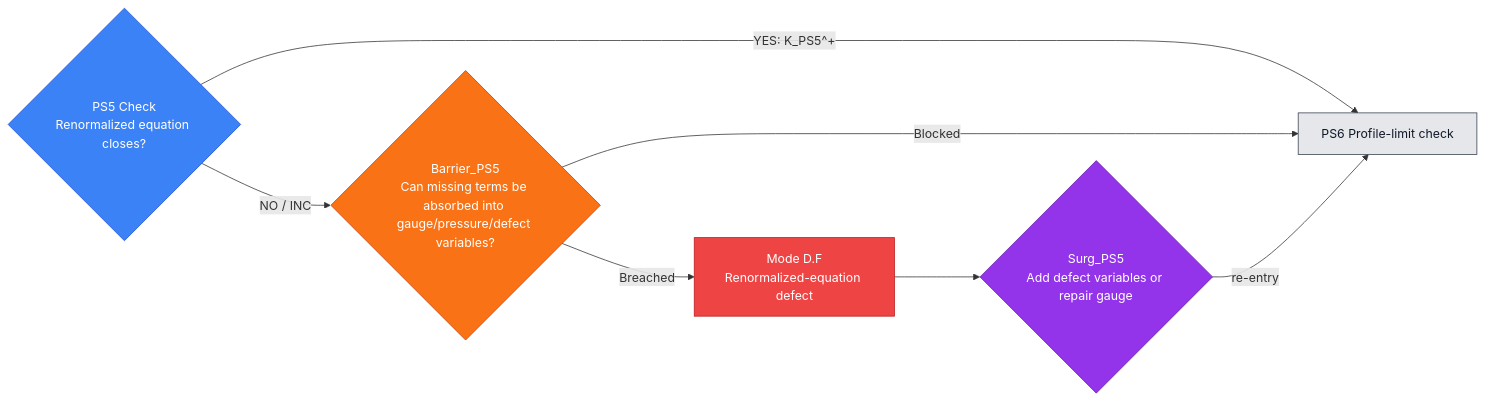
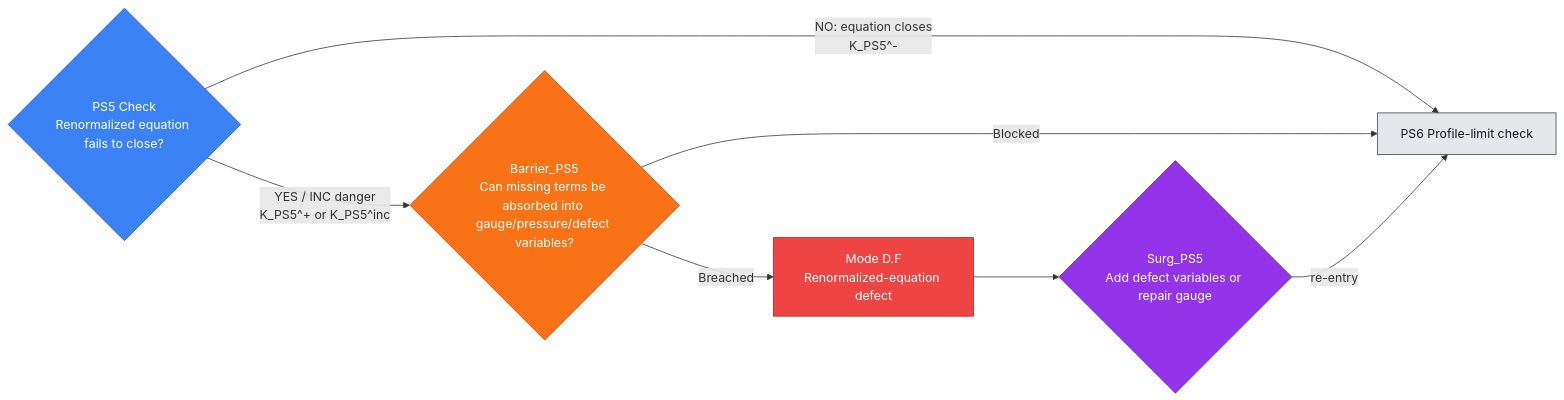
Before and after one commit to Guillemdb/hypostructure: diagram 11 of 54 in docs/source/1_hypostructure_formalism/edits/new_sieve.md, drawn with Mermaid. The commit also changed other lines of this file, not shown here.

````diff
--- a/docs/source/1_hypostructure_formalism/edits/new_sieve.md
+++ b/docs/source/1_hypostructure_formalism/edits/new_sieve.md
@@ -1313,23 +1334,23 @@
 ```mermaid
 flowchart LR
-    C{"PS5 Check<br/>Renormalized equation closes?"}
-    C -- "YES: K_PS5^+" --> N["PS6 Profile-limit check"]
-    C -- "NO / INC" --> B{"Barrier_PS5<br/>Can missing terms be absorbed into gauge/pressure/defect variables?"}
+    C{"PS5 Check<br/>Renormalized equation fails to close?"}
+    C -- "NO: equation closes<br/>K_PS5^-" --> N["PS6 Profile-limit check"]
+    C -- "YES / INC danger<br/>K_PS5^+ or K_PS5^inc" --> B{"Barrier_PS5<br/>Can missing terms be absorbed into gauge/pressure/defect variables?"}
     B -- "Blocked" --> N
     B -- "Breached" --> M["Mode D.F<br/>Renormalized-equation defect"]
     M --> S{"Surg_PS5<br/>Add defect variables or repair gauge"}
     S -- "re-entry" --> N
 
     classDef check fill:#3b82f6,stroke:#1d4ed8,color:#ffffff;
     classDef barrier fill:#f97316,stroke:#c2410c,color:#ffffff;
     classDef mode fill:#ef4444,stroke:#b91c1c,color:#ffffff;
     classDef surgery fill:#9333ea,stroke:#6b21a8,color:#ffffff;
     classDef next fill:#e5e7eb,stroke:#374151,color:#111827;
     classDef terminal fill:#fef3c7,stroke:#d97706,color:#111827;
 
     class C check;
     class B barrier;
     class M mode;
     class S surgery;
     class N next;
 ```
````
